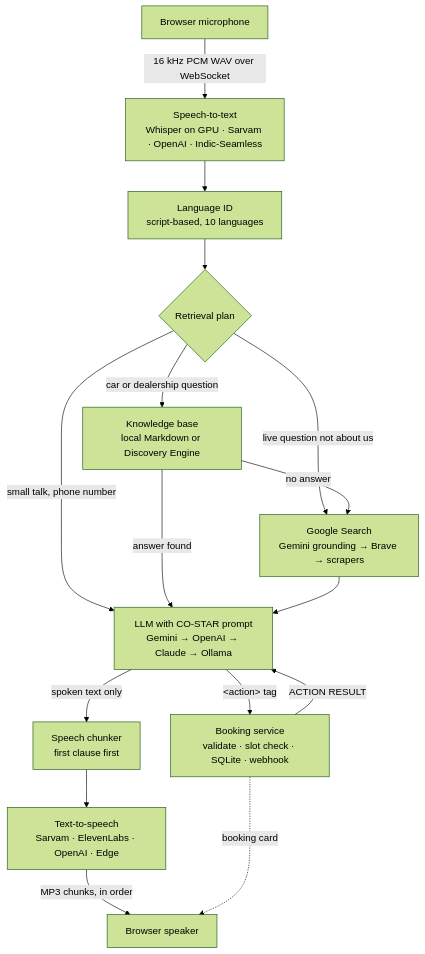
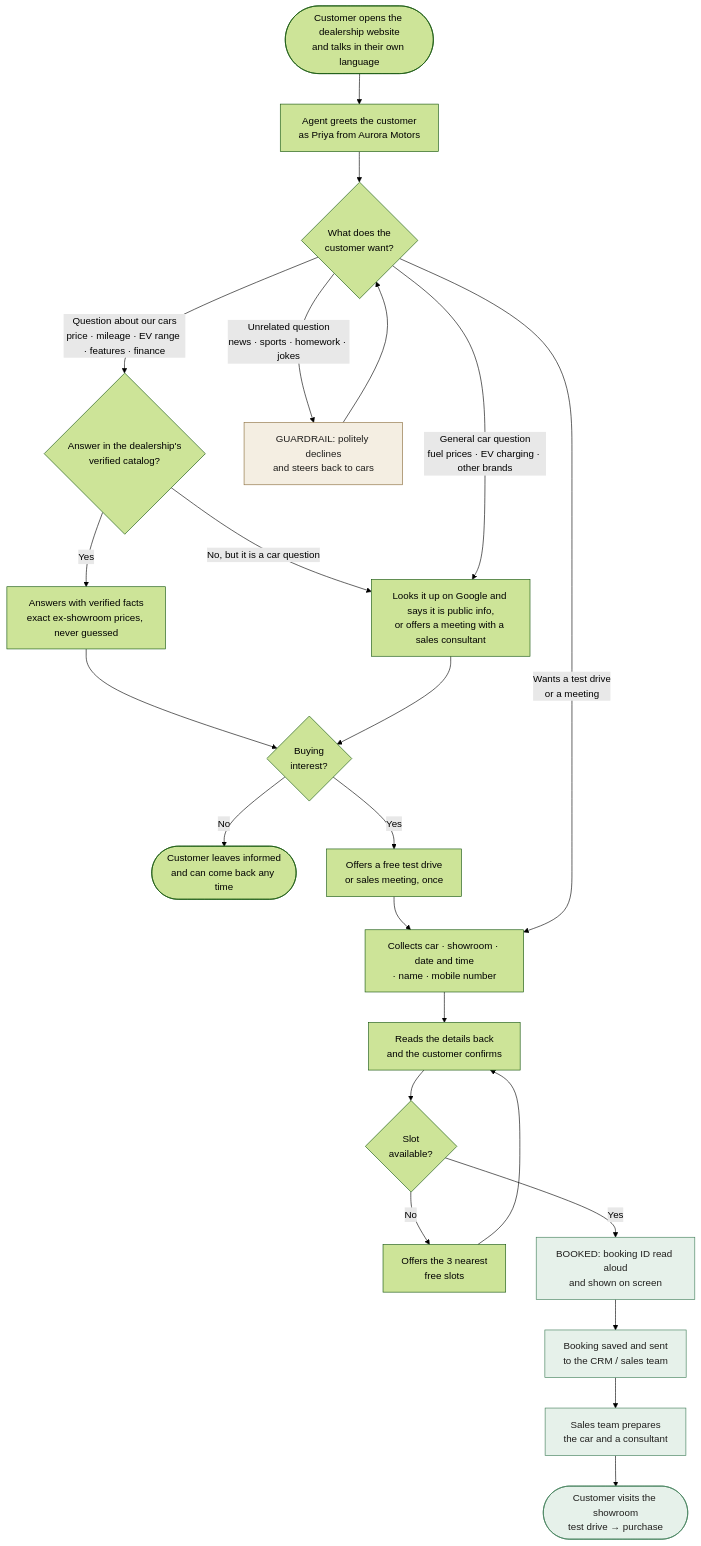
One commit to ritiksharma19/Ai-Voice-Test-Drive-Booking changed the first of 5 diagrams in README.md. Above: the diagram before and after it, drawn with Mermaid (forest theme). The commit also changed other lines of this file and 8 other files, not shown here.

First line of the commit message:
Add off-topic guardrail, business and technical flowcharts, new README title

````diff
--- a/README.md
+++ b/README.md
@@ -39,18 +43,33 @@
 ```mermaid
 flowchart TD
-    MIC["Browser microphone"] -->|"16 kHz PCM WAV over WebSocket"| STT
-    STT["Speech-to-text<br/>Whisper on GPU · Sarvam · OpenAI · Indic-Seamless"] --> LID["Language ID<br/>script-based, 10 languages"]
-    LID --> PLAN{"Retrieval plan"}
-    PLAN -->|"small talk, phone number"| LLM
-    PLAN -->|"car or dealership question"| KB["Knowledge base<br/>local Markdown or Discovery Engine"]
-    PLAN -->|"live question not about us"| WEB
-    KB -->|"answer found"| LLM
-    KB -->|"no answer"| WEB["Google Search<br/>Gemini grounding → Brave → scrapers"]
-    WEB --> LLM["LLM with CO-STAR prompt<br/>Gemini → OpenAI → Claude → Ollama"]
-    LLM -->|"#lt;action#gt; tag"| BOOK["Booking service<br/>validate · slot check · SQLite · webhook"]
-    BOOK -->|"ACTION RESULT"| LLM
-    LLM -->|"spoken text only"| CHUNK["Speech chunker<br/>first clause first"]
-    CHUNK --> TTS["Text-to-speech<br/>Sarvam · ElevenLabs · OpenAI · Edge"]
-    TTS -->|"MP3 chunks, in order"| SPK["Browser speaker"]
-    BOOK -.->|"booking card"| SPK
+    A(["Customer opens the dealership website<br/>and talks in their own language"]) --> B["Agent greets the customer<br/>as Priya from Aurora Motors"]
+    B --> C{"What does the<br/>customer want?"}
+
+    C -->|"Question about our cars<br/>price · mileage · EV range · features · finance"| D{"Answer in the dealership's<br/>verified catalog?"}
+    D -->|"Yes"| E["Answers with verified facts<br/>exact ex-showroom prices, never guessed"]
+    D -->|"No, but it is a car question"| G["Looks it up on Google and says it is public info,<br/>or offers a meeting with a sales consultant"]
+    C -->|"General car question<br/>fuel prices · EV charging · other brands"| G
+    C -->|"Unrelated question<br/>news · sports · homework · jokes"| H["GUARDRAIL: politely declines<br/>and steers back to cars"]
+    H --> C
+
+    E --> I{"Buying<br/>interest?"}
+    G --> I
+    I -->|"No"| K(["Customer leaves informed<br/>and can come back any time"])
+    I -->|"Yes"| J["Offers a free test drive<br/>or sales meeting, once"]
+    J --> L
+    C -->|"Wants a test drive<br/>or a meeting"| L["Collects car · showroom · date and time<br/>· name · mobile number"]
+
+    L --> M["Reads the details back<br/>and the customer confirms"]
+    M --> N{"Slot<br/>available?"}
+    N -->|"No"| O["Offers the 3 nearest<br/>free slots"]
+    O --> M
+    N -->|"Yes"| P["BOOKED: booking ID read aloud<br/>and shown on screen"]
+    P --> Q["Booking saved and sent<br/>to the CRM / sales team"]
+    Q --> R["Sales team prepares<br/>the car and a consultant"]
+    R --> S(["Customer visits the showroom<br/>test drive → purchase"])
+
+    classDef outcome fill:#e6f1ea,stroke:#3f7d58,color:#1f1e1c
+    classDef guard fill:#f4eee2,stroke:#8a6d3b,color:#1f1e1c
+    class P,Q,R,S outcome
+    class H guard
 ```
````
